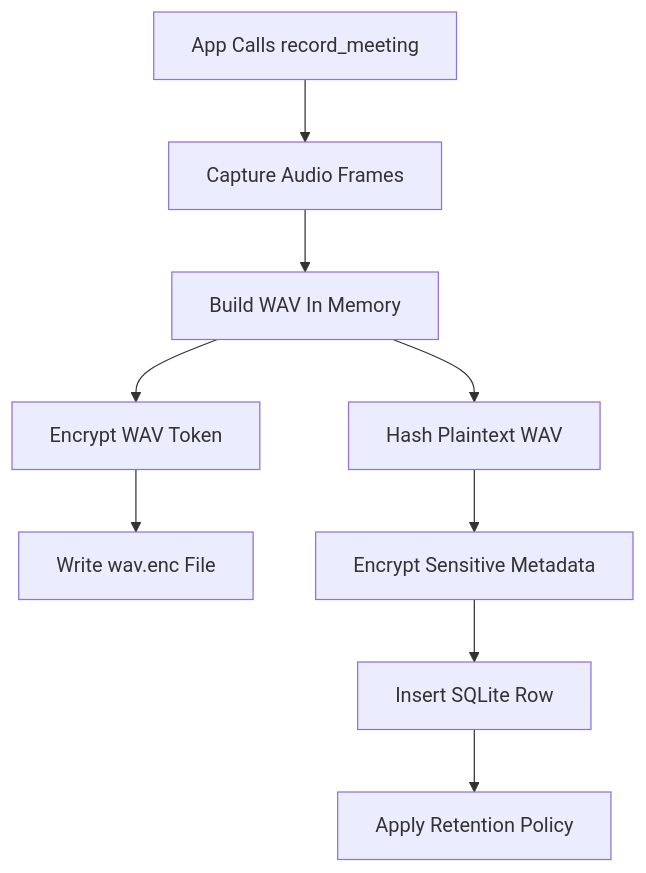
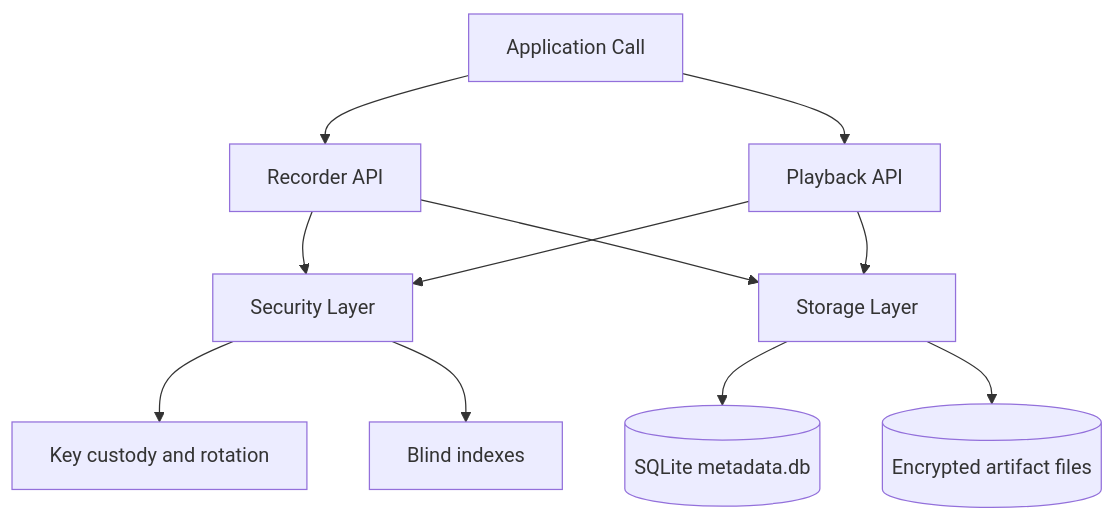
One commit to hkevin01/securemeet changed the first of 5 diagrams in README.md. Above: the diagram before and after it, drawn with Mermaid. The commit also changed other lines of this file, not shown here.

````diff
--- a/README.md
+++ b/README.md
@@ -69,11 +104,13 @@
 ```mermaid
 flowchart TD
-    A[App Calls record_meeting] --> B[Capture Audio Frames]
-    B --> C[Build WAV In Memory]
-    C --> D[Encrypt WAV Token]
-    D --> E[Write wav.enc File]
-    C --> F[Hash Plaintext WAV]
-    F --> G[Encrypt Sensitive Metadata]
-    G --> H[Insert SQLite Row]
-    H --> I[Apply Retention Policy]
+    A[Application Call] --> B[Recorder API]
+    A --> C[Playback API]
+    B --> D[Security Layer]
+    C --> D
+    B --> E[Storage Layer]
+    C --> E
+    E --> F[(SQLite metadata.db)]
+    E --> G[(Encrypted artifact files)]
+    D --> H[Key custody and rotation]
+    D --> I[Blind indexes]
 ```
````
